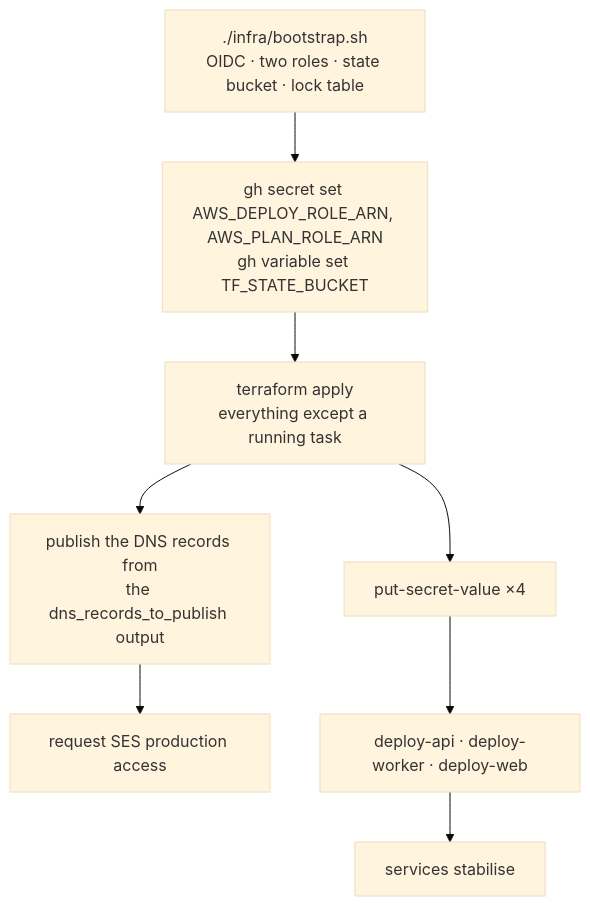
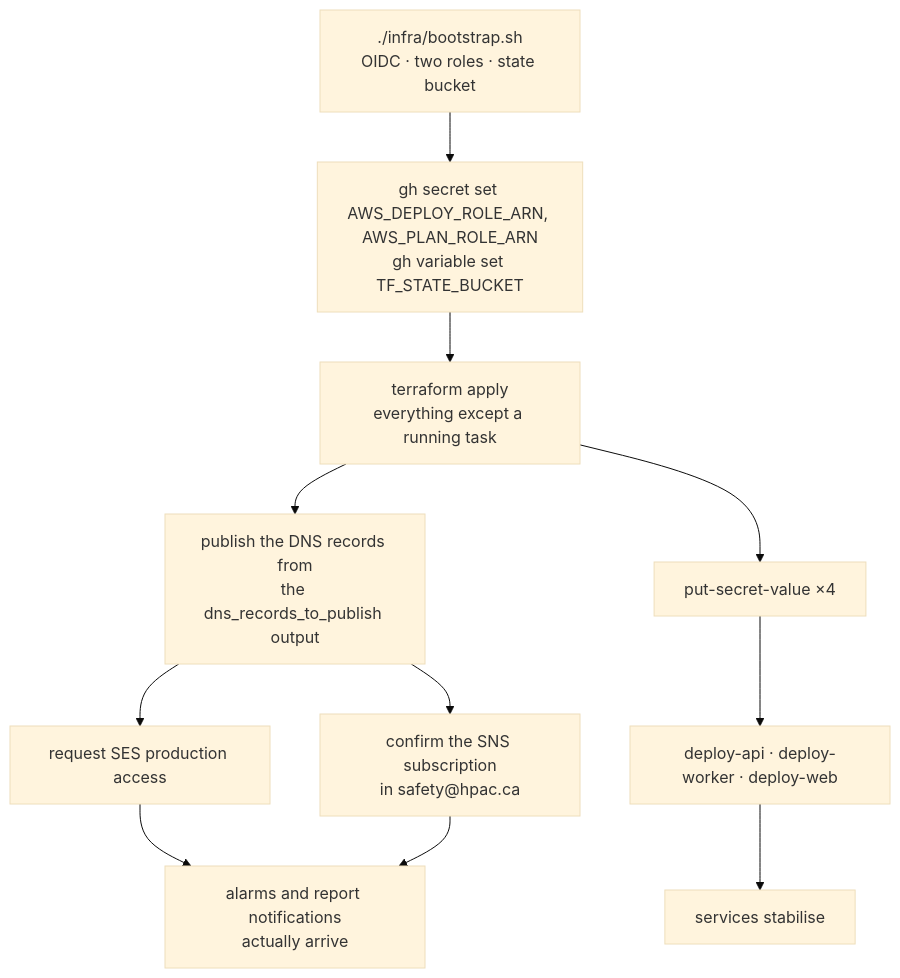
Before and after one commit to HPAC-Safety/safety-report: the second of 3 diagrams in docs/deployment.md, drawn with Mermaid (base theme). The commit also changed other lines of this file and 24 other files, not shown here.

````diff
--- a/docs/deployment.md
+++ b/docs/deployment.md
@@ -283,11 +377,14 @@
 ```mermaid
 flowchart TD
-    boot["./infra/bootstrap.sh<br/>OIDC · two roles · state bucket · lock table"]
+    boot["./infra/bootstrap.sh<br/>OIDC · two roles · state bucket"]
     boot --> gh["gh secret set AWS_DEPLOY_ROLE_ARN, AWS_PLAN_ROLE_ARN<br/>gh variable set TF_STATE_BUCKET"]
     gh --> apply1["terraform apply<br/>everything except a running task"]
     apply1 --> dns["publish the DNS records from<br/>the dns_records_to_publish output"]
     dns --> ses["request SES production access"]
+    dns --> confirm["confirm the SNS subscription<br/>in safety@hpac.ca"]
     apply1 --> secrets["put-secret-value ×4"]
     secrets --> deploy["deploy-api · deploy-worker · deploy-web"]
     deploy --> up["services stabilise"]
+    ses --> mail["alarms and report notifications<br/>actually arrive"]
+    confirm --> mail
 ```
````
